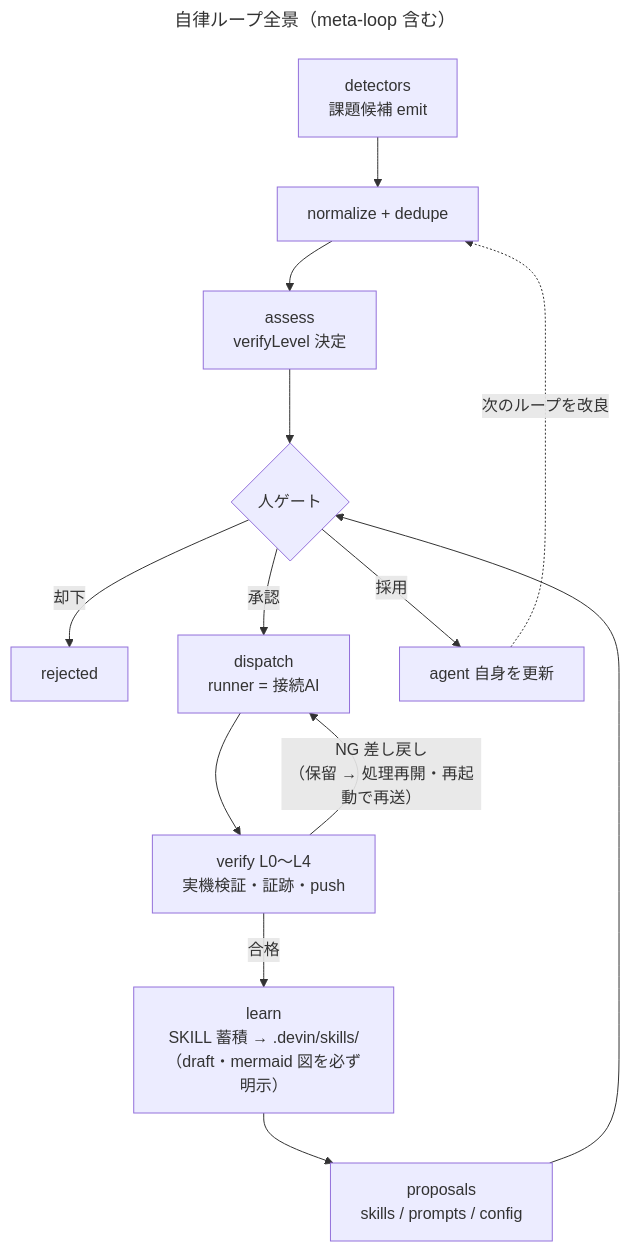
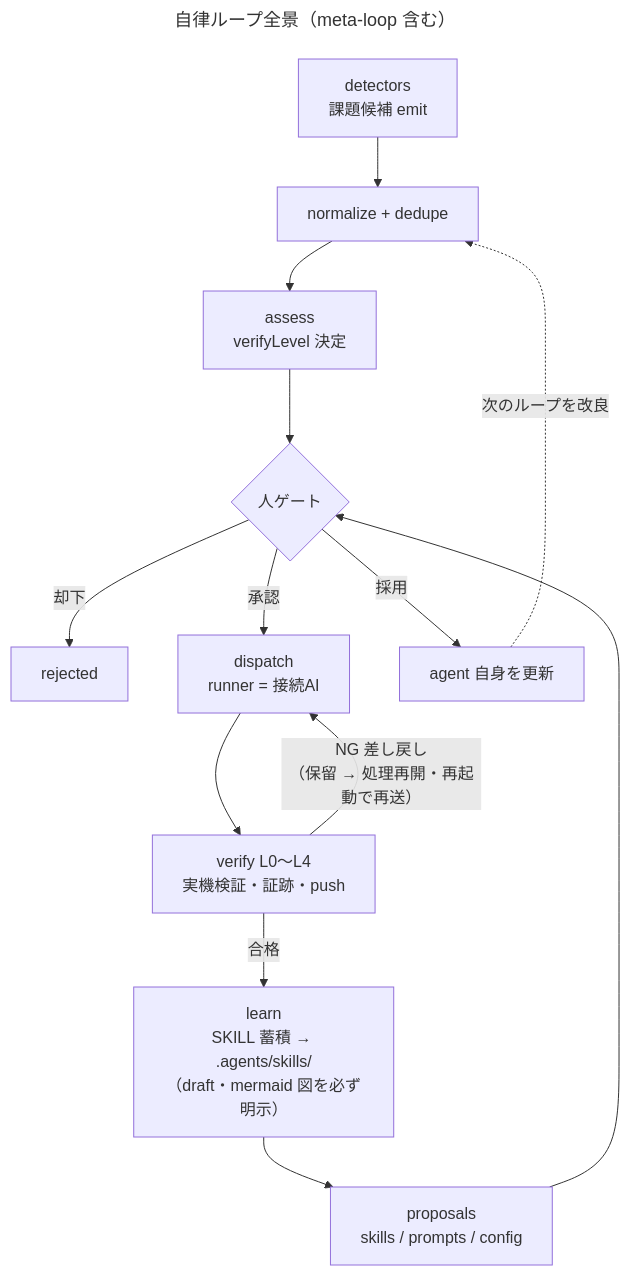
Before and after one commit to yamamoto-ryuzo/kasugai_agent: the diagram in diagrams/autonomy-loop.mmd, drawn with Mermaid. The commit also changed 80 other files, not shown here.

```diff
--- a/diagrams/autonomy-loop.mmd
+++ b/diagrams/autonomy-loop.mmd
@@ -1,16 +1,16 @@
 ---
 title: 自律ループ全景（meta-loop 含む）
 ---
 flowchart TB
     D[detectors<br/>課題候補 emit] --> N[normalize + dedupe]
     N --> A[assess<br/>verifyLevel 決定]
     A --> G{人ゲート}
     G -->|却下| X[rejected]
     G -->|承認| R[dispatch<br/>runner = 接続AI]
     R --> V[verify L0〜L4<br/>実機検証・証跡・push]
     V -->|NG 差し戻し<br/>（保留 → 処理再開・再起動で再送）| R
-    V -->|合格| K[learn<br/>SKILL 蓄積 → .devin/skills/<br/>（draft・mermaid 図を必ず明示）]
+    V -->|合格| K[learn<br/>SKILL 蓄積 → .agents/skills/<br/>（draft・mermaid 図を必ず明示）]
     K --> P[proposals<br/>skills / prompts / config]
     P --> G
     G -->|採用| SELF[agent 自身を更新]
     SELF -.->|次のループを改良| N
```
